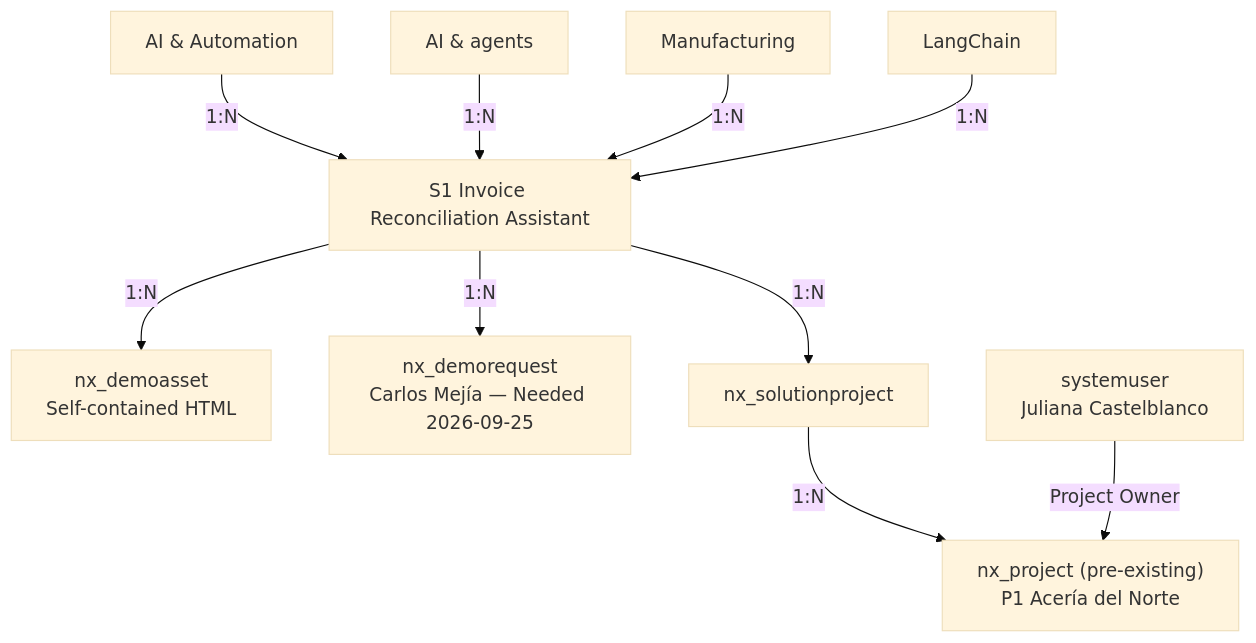
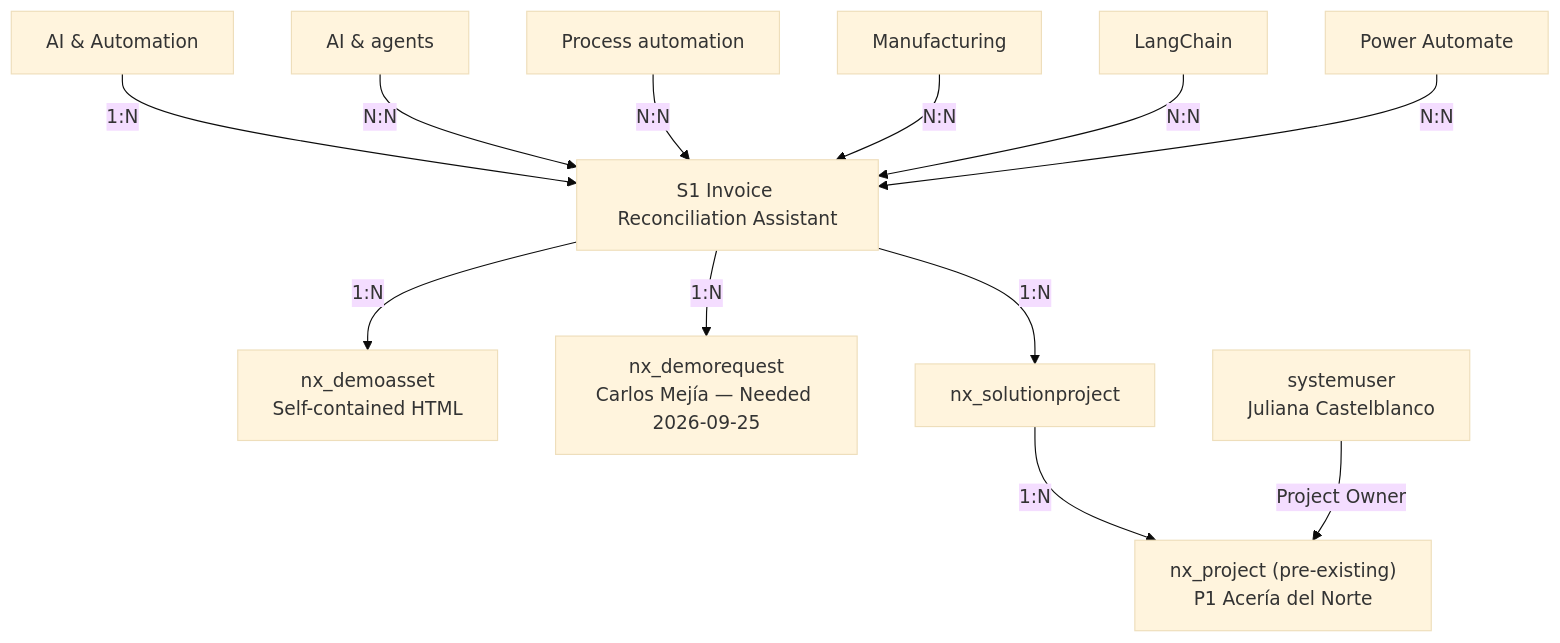
One commit to lpreciado-nextant/PRISMA changed the third of 3 diagrams in docs/data_model/SchemaV2.md. Above: the diagram before and after it, drawn with Mermaid (base theme). The commit also changed other lines of this file and 5 other files, not shown here.

Commit message:
Update documentation to reflect changes in Dataverse schema (v2), including renaming schema files and updating references to the new model.

````diff
--- a/docs/data_model/SchemaV2.md
+++ b/docs/data_model/SchemaV2.md
@@ -334,15 +376,17 @@
 ```mermaid
 graph TD
     S1["S1 Invoice Reconciliation Assistant"]
 
     SA1[AI & Automation] -- 1:N --> S1
-    CAP1[AI & agents] -- 1:N --> S1
-    IND1[Manufacturing] -- 1:N --> S1
-    TECH1[LangChain] -- 1:N --> S1
+    CAP1[AI & agents] -- N:N --> S1
+    CAP2[Process automation] -- N:N --> S1
+    IND1[Manufacturing] -- N:N --> S1
+    TECH1[LangChain] -- N:N --> S1
+    TECH2[Power Automate] -- N:N --> S1
 
     S1 -- 1:N --> DA1["nx_demoasset<br/>Self-contained HTML"]
     S1 -- 1:N --> DR1["nx_demorequest<br/>Carlos Mejía — Needed 2026-09-25"]
     S1 -- 1:N --> J1["nx_solutionproject"]
     J1 -- 1:N --> P1["nx_project (pre-existing)<br/>P1 Acería del Norte"]
     Owner["systemuser<br/>Juliana Castelblanco"] -- "Project Owner" --> P1
 ```
````
